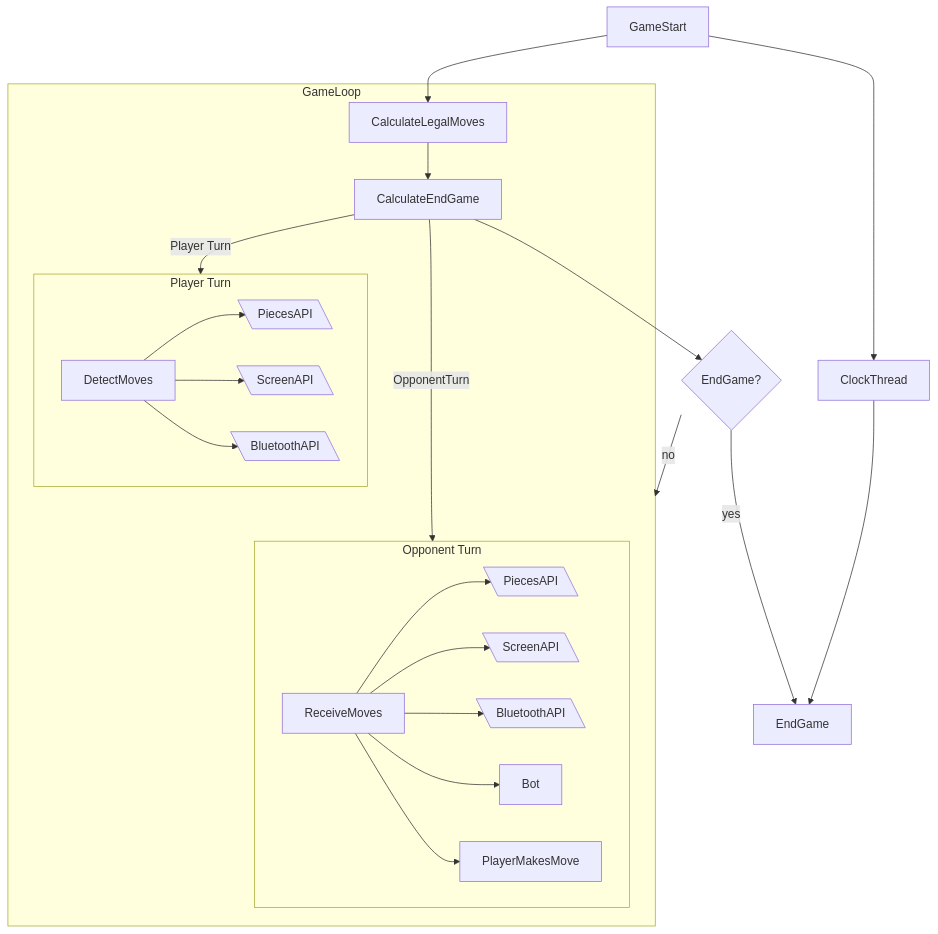
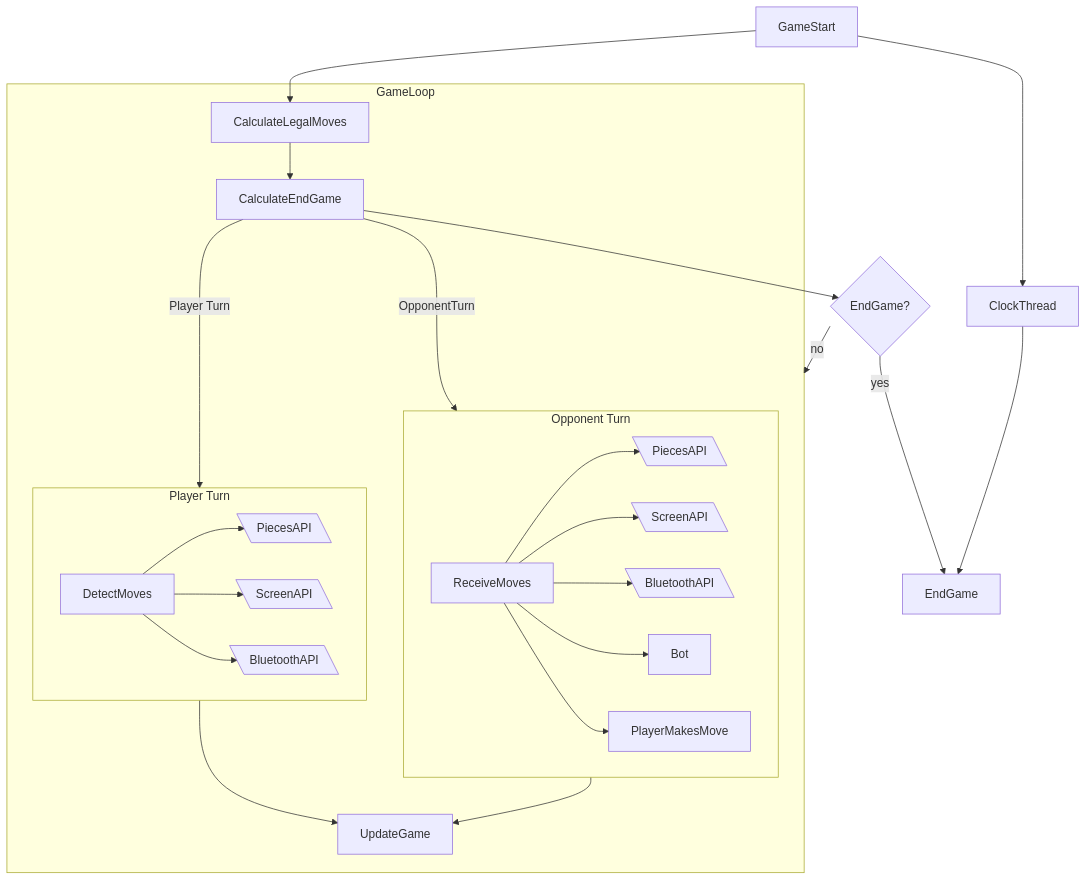
Before and after one commit to Interactive-Chessboard/ICB-Embedded: the diagram in docs/game.md, drawn with Mermaid. The commit also changed 7 other files, not shown here.

````diff
--- a/docs/game.md
+++ b/docs/game.md
@@ -1,39 +1,42 @@
 ```mermaid
 ---
 config:
   layout: dagre
 ---
 flowchart TD
  subgraph GameLoop["GameLoop"]
         CalculateLegalMoves["CalculateLegalMoves"]
         PlayerTurn["PlayerTurn"]
         OpponentTurn["OpponentTurn"]
         CalculateEndGame["CalculateEndGame"]
+        UpdateGame["UpdateGame"]
   end
  subgraph PlayerTurn["Player Turn"]
         DetectMoves["DetectMoves"]
         Pieces[\"PiecesAPI"\]
         Lights[\"ScreenAPI"\]
         Bluetooth[\"BluetoothAPI"\]
   end
  subgraph OpponentTurn["Opponent Turn"]
         ReceiveMoves["ReceiveMoves"]
         PlayerMakesMove["PlayerMakesMove"]
         Pieces2[\"PiecesAPI"\]
         Lights2[\"ScreenAPI"\]
         Bluetooth2[\"BluetoothAPI"\]
         Bot["Bot"]
   end
     DetectMoves --> Pieces & Lights & Bluetooth
     ReceiveMoves --> Pieces2 & Lights2 & Bluetooth2 & Bot
     ReceiveMoves --> PlayerMakesMove
     GameStart --> ClockThread["ClockThread"]
     GameStart["GameStart"] --> CalculateLegalMoves
     CalculateLegalMoves --> CalculateEndGame
     CalculateEndGame -- Player Turn --> PlayerTurn  
     CalculateEndGame -- OpponentTurn --> OpponentTurn 
+    PlayerTurn --> UpdateGame
+    OpponentTurn --> UpdateGame
     CalculateEndGame --> EndGameQ{"EndGame?"}
     EndGameQ -- yes --> EndGame["EndGame"]
     EndGameQ -- no --> GameLoop
     ClockThread --> EndGame
 ```
````
